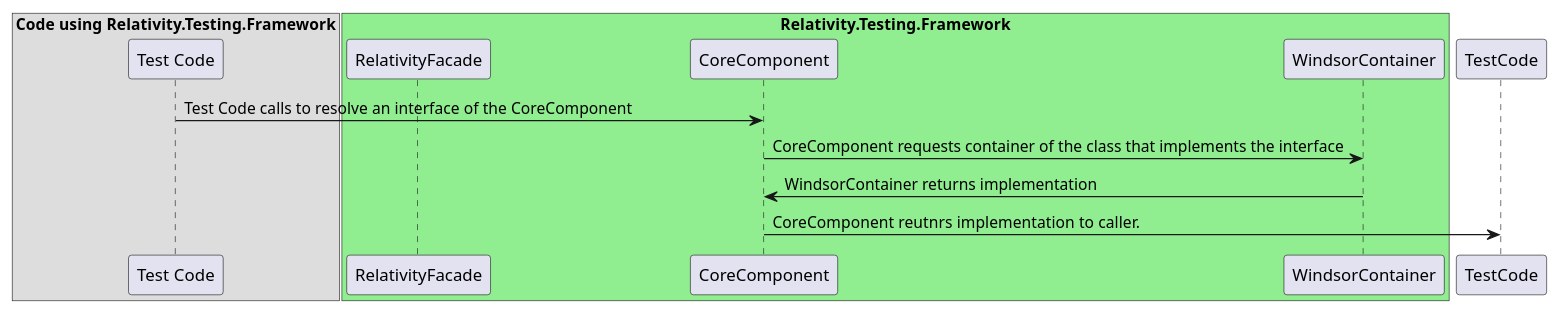
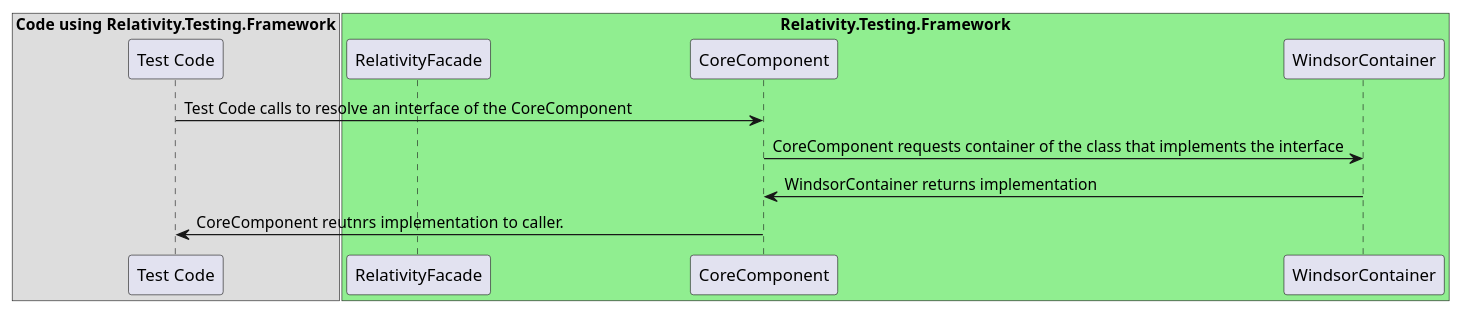
One commit to relativitydev/relativity.testing.framework changed the diagram in docs/dev/SequenceDiagrams/UMLFiles/RegisteredServices.iuml. Above: the diagram before and after it, drawn with PlantUML.

Commit message:
TESTENG-1465: Update CoreComponent and RegisteredServices Sequence diagrams

```diff
--- a/docs/dev/SequenceDiagrams/UMLFiles/RegisteredServices.iuml
+++ b/docs/dev/SequenceDiagrams/UMLFiles/RegisteredServices.iuml
@@ -1,18 +1,18 @@
 @startuml Relativity.Testing.Framework RegisteredServices Sequence Diagram
 
 box "Code using Relativity.Testing.Framework"
 participant "Test Code"
 end box
 
 box "Relativity.Testing.Framework" #LightGreen
 participant "RelativityFacade"
 participant "CoreComponent"
 participant "WindsorContainer"
 end box
 
 "Test Code" -> "CoreComponent" : Test Code calls to resolve an interface of the CoreComponent
 "CoreComponent" -> "WindsorContainer" : CoreComponent requests container of the class that implements the interface
 "WindsorContainer" -> "CoreComponent" : WindsorContainer returns implementation 
-"CoreComponent" -> "TestCode" : CoreComponent reutnrs implementation to caller. 
+"CoreComponent" -> "Test Code" : CoreComponent reutnrs implementation to caller. 
 
 @enduml
```
